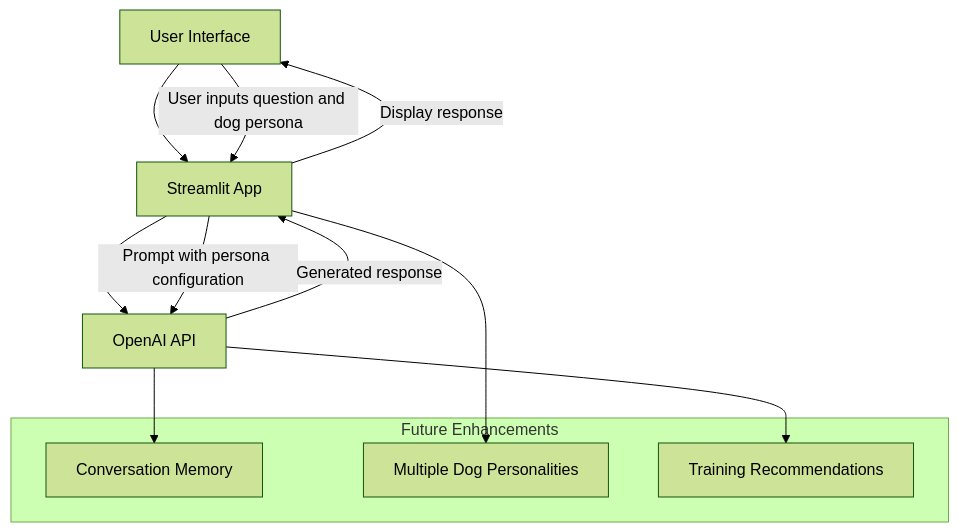
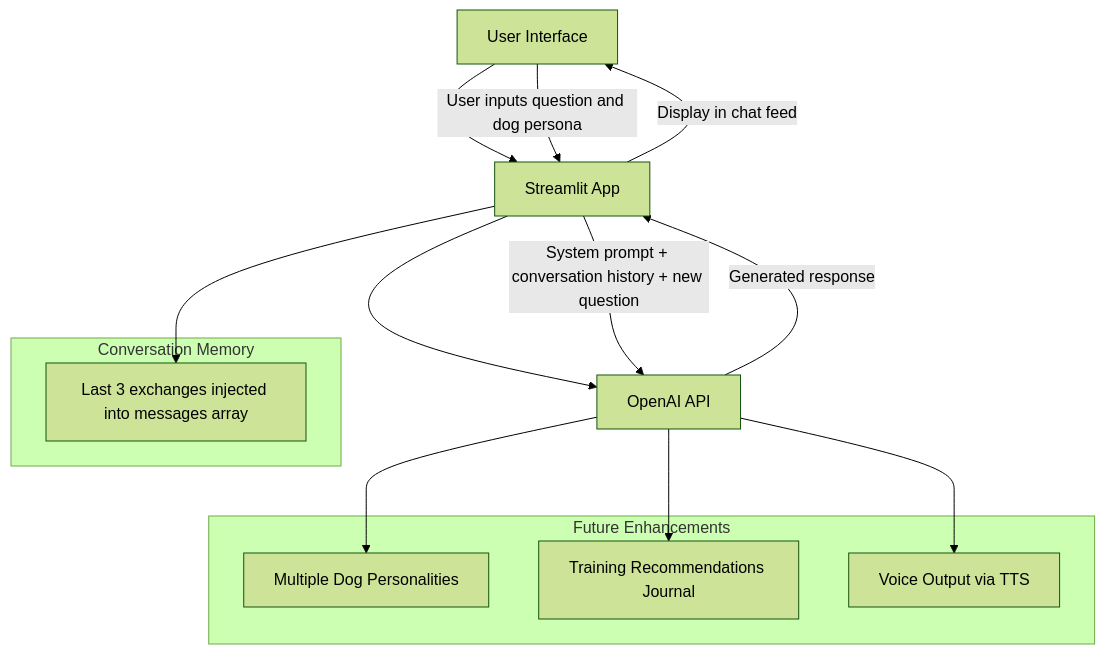
The diagram in README.md (bsingley/ask-my-dog), drawn with Mermaid (forest theme) before and after one commit. The commit also changed other lines of this file, not shown here.

````diff
--- a/README.md
+++ b/README.md
@@ -23,20 +25,25 @@
 ```mermaid
 flowchart TD
     UI[User Interface] --> App[Streamlit App]
     App --> AI[OpenAI API]
 
     UI -->|User inputs question and dog persona| App
-    App -->|Prompt with persona configuration| AI
+    App -->|System prompt + conversation history + new question| AI
     AI -->|Generated response| App
-    App -->|Display response| UI
+    App -->|Display in chat feed| UI
+
+    subgraph Conversation Memory
+        History[Last 3 exchanges injected into messages array]
+    end
 
     subgraph Future Enhancements
-        Memory[Conversation Memory]
         MultiDog[Multiple Dog Personalities]
-        Training[Training Recommendations]
+        Training[Training Recommendations Journal]
+        Voice[Voice Output via TTS]
     end
 
-    AI --> Memory
-    App --> MultiDog
+    App --> History
+    AI --> MultiDog
     AI --> Training
+    AI --> Voice
 ```
````
